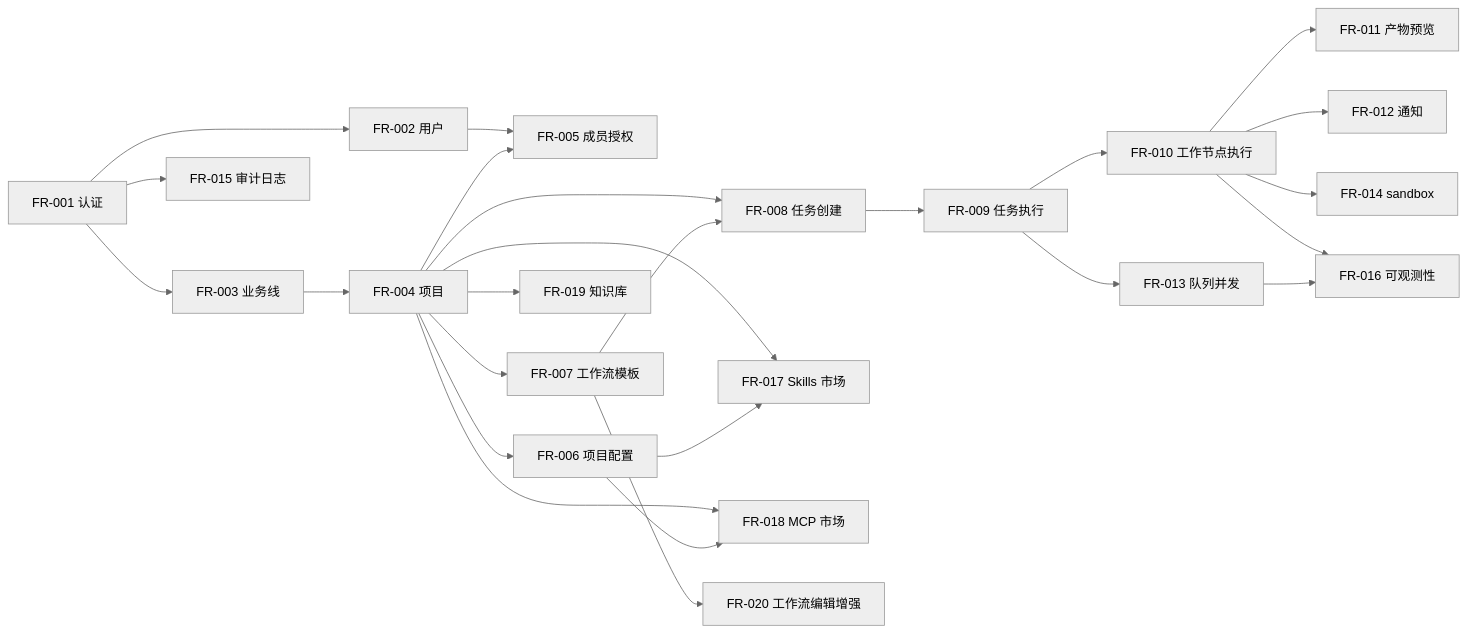
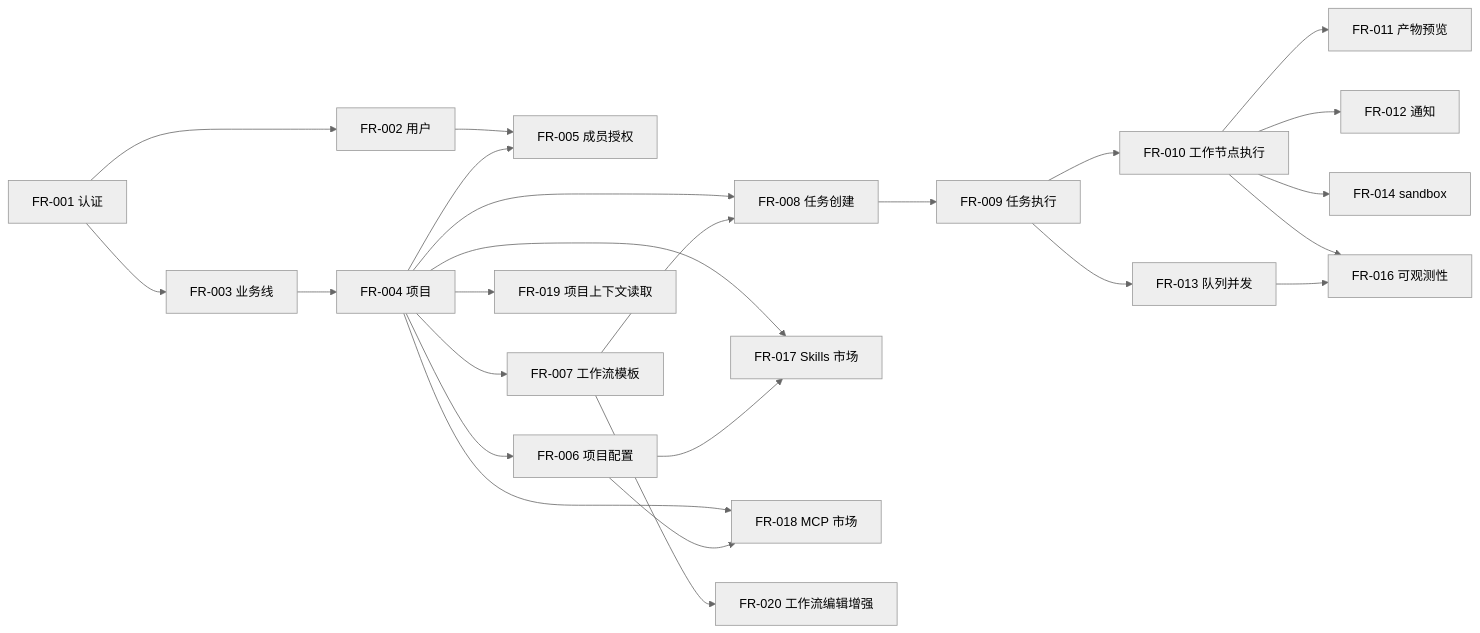
The fifth of 13 diagrams in docs/ainative-requirement-design.md (Whisper24X/personal), drawn with Mermaid (neutral theme) before and after one commit. The commit also changed other lines of this file and 1 other file, not shown here.

````diff
--- a/docs/ainative-requirement-design.md
+++ b/docs/ainative-requirement-design.md
@@ -368,27 +365,26 @@
 ```mermaid
 flowchart LR
     FR001[FR-001 认证] --> FR002[FR-002 用户]
     FR001 --> FR003[FR-003 业务线]
     FR003 --> FR004[FR-004 项目]
     FR002 --> FR005[FR-005 成员授权]
     FR004 --> FR005
     FR004 --> FR006[FR-006 项目配置]
     FR004 --> FR007[FR-007 工作流模板]
     FR004 --> FR008[FR-008 任务创建]
     FR007 --> FR008
     FR008 --> FR009[FR-009 任务执行]
     FR009 --> FR010[FR-010 工作节点执行]
     FR010 --> FR011[FR-011 产物预览]
     FR010 --> FR012[FR-012 通知]
     FR009 --> FR013[FR-013 队列并发]
     FR010 --> FR014[FR-014 sandbox]
-    FR001 --> FR015[FR-015 审计日志]
     FR010 --> FR016[FR-016 可观测性]
     FR013 --> FR016
     FR004 --> FR017[FR-017 Skills 市场]
     FR006 --> FR017
     FR004 --> FR018[FR-018 MCP 市场]
     FR006 --> FR018
-    FR004 --> FR019[FR-019 知识库]
+    FR004 --> FR019[FR-019 项目上下文读取]
     FR007 --> FR020[FR-020 工作流编辑增强]
 ```
````
